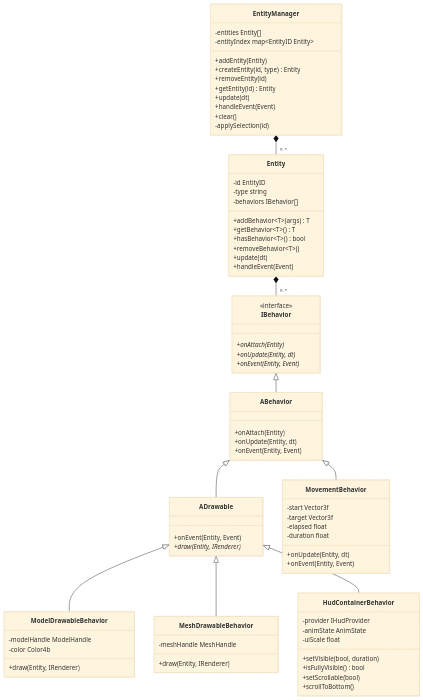
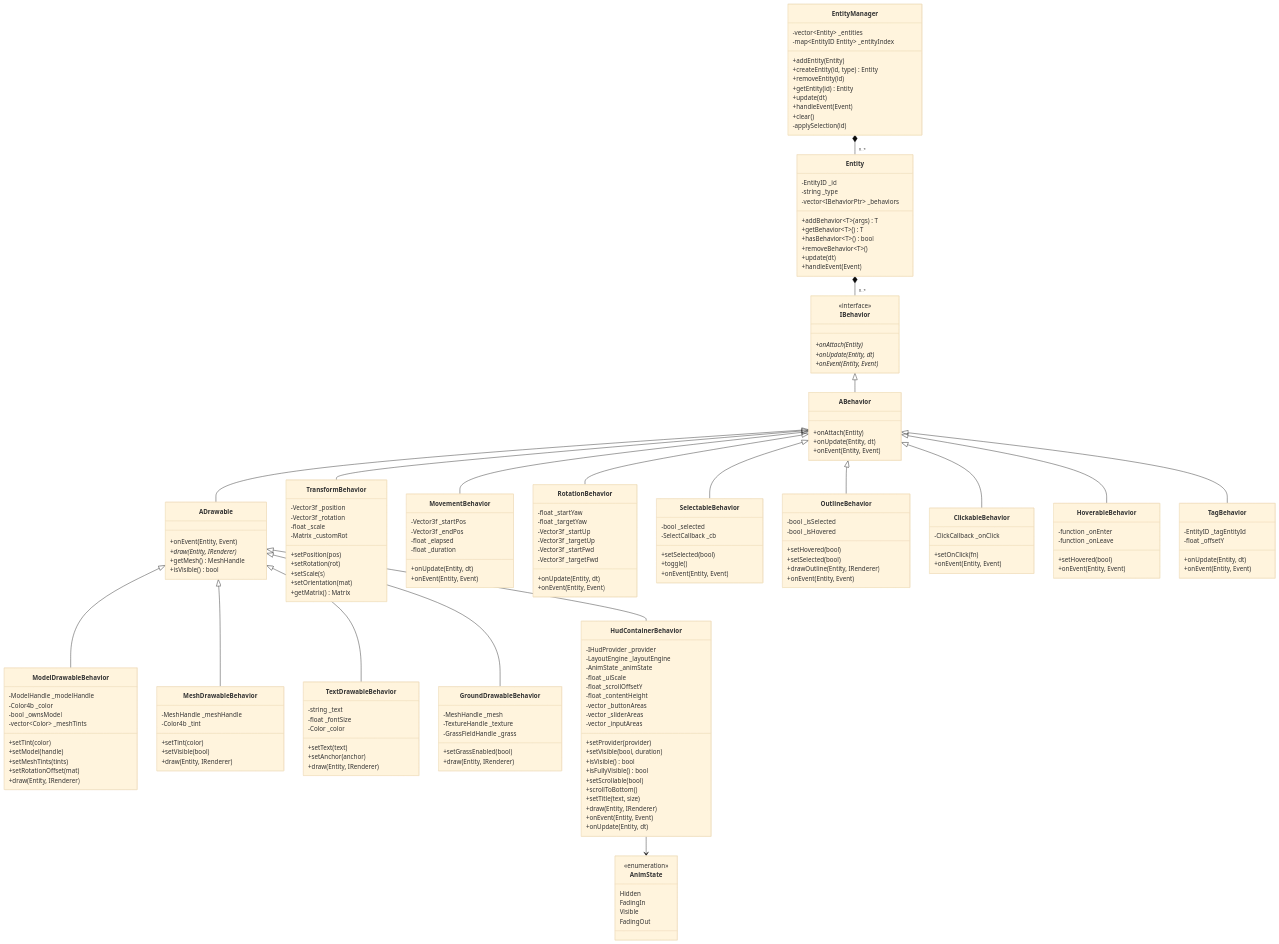
The third of 15 diagrams in gui/docs/CLASS_DIAGRAM.md (Saitamadupauvre/zappy), drawn with Mermaid (base theme) before and after one commit. The commit also changed other lines of this file and 142 other files, not shown here.

````diff
--- a/gui/docs/CLASS_DIAGRAM.md
+++ b/gui/docs/CLASS_DIAGRAM.md
@@ -132,8 +220,8 @@
     direction TB
 
     class EntityManager {
-        -entities Entity[]
-        -entityIndex map~EntityID Entity~
+        -vector~Entity~ _entities
+        -map~EntityID Entity~ _entityIndex
         +addEntity(Entity)
         +createEntity(id, type) Entity
         +removeEntity(id)
@@ -145,9 +233,9 @@
     }
 
     class Entity {
-        -id EntityID
-        -type string
-        -behaviors IBehavior[]
+        -EntityID _id
+        -string _type
+        -vector~IBehaviorPtr~ _behaviors
         +addBehavior~T~(args) T
         +getBehavior~T~() T
         +hasBehavior~T~() bool
@@ -172,34 +260,142 @@
     class ADrawable {
         +onEvent(Entity, Event)
         +draw(Entity, IRenderer)*
+        +getMesh() MeshHandle
+        +isVisible() bool
     }
 
     class ModelDrawableBehavior {
-        -modelHandle ModelHandle
-        -color Color4b
+        -ModelHandle _modelHandle
+        -Color4b _color
+        -bool _ownsModel
+        -vector~Color~ _meshTints
+        +setTint(color)
+        +setModel(handle)
+        +setMeshTints(tints)
+        +setRotationOffset(mat)
         +draw(Entity, IRenderer)
     }
 
     class MeshDrawableBehavior {
-        -meshHandle MeshHandle
+        -MeshHandle _meshHandle
+        -Color4b _tint
+        +setTint(color)
+        +setVisible(bool)
+        +draw(Entity, IRenderer)
+    }
+
+    class TextDrawableBehavior {
+        -string _text
+        -float _fontSize
+        -Color _color
+        +setText(text)
+        +setAnchor(anchor)
+        +draw(Entity, IRenderer)
+    }
+
+    class GroundDrawableBehavior {
+        -MeshHandle _mesh
+        -TextureHandle _texture
+        -GrassFieldHandle _grass
+        +setGrassEnabled(bool)
         +draw(Entity, IRenderer)
     }
 
     class HudContainerBehavior {
-        -provider IHudProvider
-        -animState AnimState
-        -uiScale float
+        -IHudProvider _provider
+        -LayoutEngine _layoutEngine
+        -AnimState _animState
+        -float _uiScale
+        -float _scrollOffsetY
+        -float _contentHeight
+        -vector _buttonAreas
+        -vector _sliderAreas
+        -vector _inputAreas
+        +setProvider(provider)
         +setVisible(bool, duration)
+        +isVisible() bool
         +isFullyVisible() bool
         +setScrollable(bool)
         +scrollToBottom()
+        +setTitle(text, size)
+        +draw(Entity, IRenderer)
+        +onEvent(Entity, Event)
+        +onUpdate(Entity, dt)
+    }
+
+    class AnimState {
+        <<enumeration>>
+        Hidden
+        FadingIn
+        Visible
+        FadingOut
+    }
+
+    class TransformBehavior {
+        -Vector3f _position
+        -Vector3f _rotation
+        -float _scale
+        -Matrix _customRot
+        +setPosition(pos)
+        +setRotation(rot)
+        +setScale(s)
+        +setOrientation(mat)
+        +getMatrix() Matrix
     }
 
     class MovementBehavior {
-        -start Vector3f
-        -target Vector3f
-        -elapsed float
-        -duration float
+        -Vector3f _startPos
+        -Vector3f _endPos
+        -float _elapsed
+        -float _duration
+        +onUpdate(Entity, dt)
+        +onEvent(Entity, Event)
+    }
+
+    class RotationBehavior {
+        -float _startYaw
+        -float _targetYaw
+        -Vector3f _startUp
+        -Vector3f _targetUp
+        -Vector3f _startFwd
+        -Vector3f _targetFwd
+        +onUpdate(Entity, dt)
+        +onEvent(Entity, Event)
+    }
+
+    class SelectableBehavior {
+        -bool _selected
+        -SelectCallback _cb
+        +setSelected(bool)
+        +toggle()
+        +onEvent(Entity, Event)
+    }
+
+    class OutlineBehavior {
+        -bool _isSelected
+        -bool _isHovered
+        +setHovered(bool)
+        +setSelected(bool)
+        +drawOutline(Entity, IRenderer)
+        +onEvent(Entity, Event)
+    }
+
+    class ClickableBehavior {
+        -ClickCallback _onClick
+        +setOnClick(fn)
+        +onEvent(Entity, Event)
+    }
+
+    class HoverableBehavior {
+        -function _onEnter
+        -function _onLeave
+        +setHovered(bool)
+        +onEvent(Entity, Event)
+    }
+
+    class TagBehavior {
+        -EntityID _tagEntityId
+        -float _offsetY
         +onUpdate(Entity, dt)
         +onEvent(Entity, Event)
     }
@@ -208,8 +404,18 @@
     Entity *-- "0..*" IBehavior
     IBehavior <|-- ABehavior
     ABehavior <|-- ADrawable
+    ABehavior <|-- TransformBehavior
+    ABehavior <|-- MovementBehavior
+    ABehavior <|-- RotationBehavior
+    ABehavior <|-- SelectableBehavior
+    ABehavior <|-- OutlineBehavior
+    ABehavior <|-- ClickableBehavior
+    ABehavior <|-- HoverableBehavior
+    ABehavior <|-- TagBehavior
     ADrawable <|-- ModelDrawableBehavior
     ADrawable <|-- MeshDrawableBehavior
+    ADrawable <|-- TextDrawableBehavior
+    ADrawable <|-- GroundDrawableBehavior
     ADrawable <|-- HudContainerBehavior
-    ABehavior <|-- MovementBehavior
+    HudContainerBehavior --> AnimState
 ```
````
